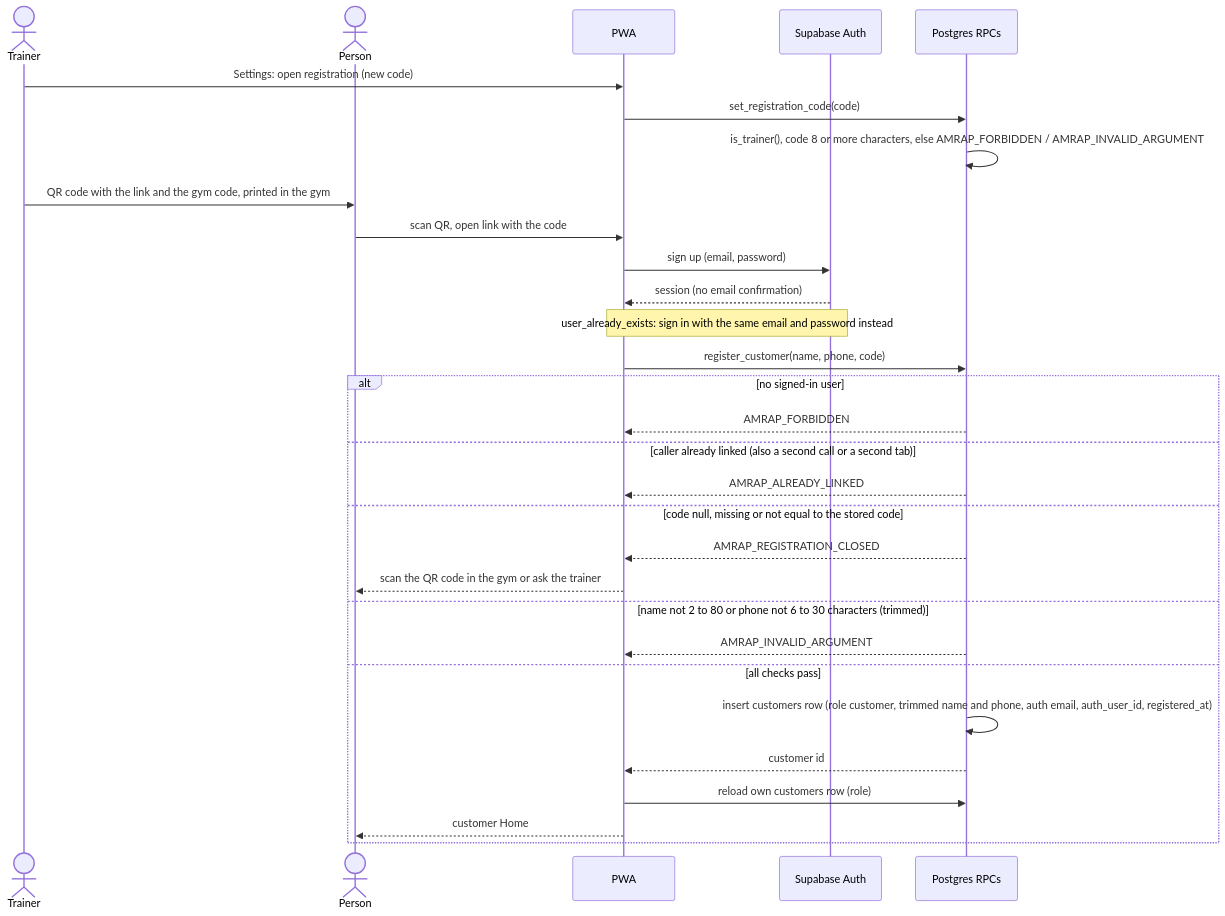
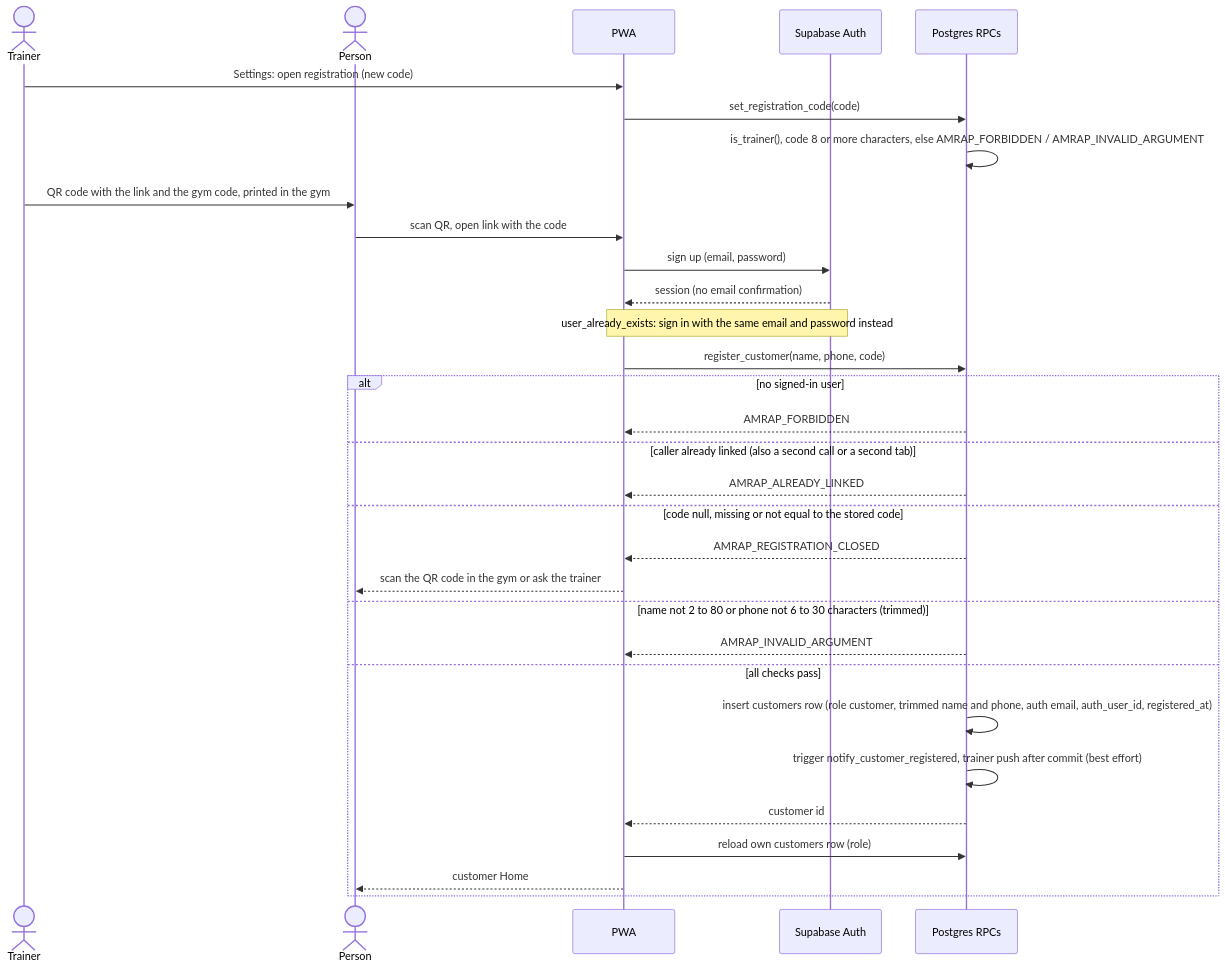
The second of 2 diagrams in docs/architecture/auth-invite-flow.md (JasaGlazar/amrap), drawn with Mermaid before and after one commit. The commit also changed other lines of this file and 19 other files, not shown here.

First line of the commit message:
feat: notify the trainer when a customer registers

````diff
--- a/docs/architecture/auth-invite-flow.md
+++ b/docs/architecture/auth-invite-flow.md
@@ -93,33 +95,34 @@
 ```mermaid
 sequenceDiagram
     actor T as Trainer
     actor P as Person
     participant App as PWA
     participant Auth as Supabase Auth
     participant DB as Postgres RPCs
 
     T->>App: Settings: open registration (new code)
     App->>DB: set_registration_code(code)
     DB->>DB: is_trainer(), code 8 or more characters, else AMRAP_FORBIDDEN / AMRAP_INVALID_ARGUMENT
     T->>P: QR code with the link and the gym code, printed in the gym
     P->>App: scan QR, open link with the code
     App->>Auth: sign up (email, password)
     Auth-->>App: session (no email confirmation)
     Note over App,Auth: user_already_exists: sign in with the same email and password instead
     App->>DB: register_customer(name, phone, code)
     alt no signed-in user
         DB-->>App: AMRAP_FORBIDDEN
     else caller already linked (also a second call or a second tab)
         DB-->>App: AMRAP_ALREADY_LINKED
     else code null, missing or not equal to the stored code
         DB-->>App: AMRAP_REGISTRATION_CLOSED
         App-->>P: scan the QR code in the gym or ask the trainer
     else name not 2 to 80 or phone not 6 to 30 characters (trimmed)
         DB-->>App: AMRAP_INVALID_ARGUMENT
     else all checks pass
         DB->>DB: insert customers row (role customer, trimmed name and phone, auth email, auth_user_id, registered_at)
+        DB->>DB: trigger notify_customer_registered, trainer push after commit (best effort)
         DB-->>App: customer id
         App->>DB: reload own customers row (role)
         App-->>P: customer Home
     end
 ```
````
